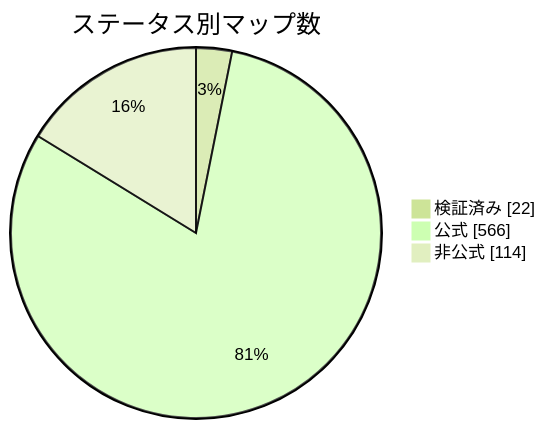
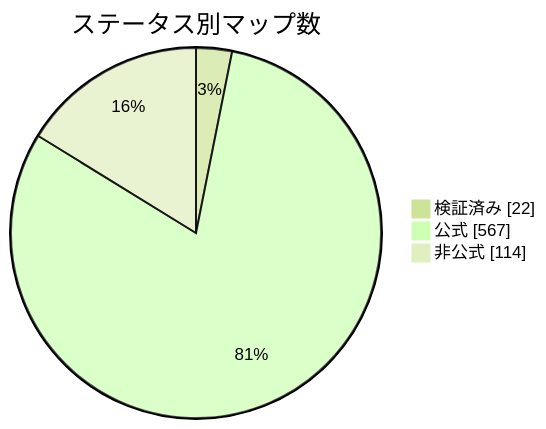
The diagram in docs/readme/README_JP.md (nobrega8/mbmap-library), drawn with Mermaid (forest theme) before and after one commit. The commit also changed 6 other files, not shown here.

````diff
--- a/docs/readme/README_JP.md
+++ b/docs/readme/README_JP.md
@@ -54,7 +54,7 @@
 ```mermaid
 pie showData
     title ステータス別マップ数
     "検証済み" : 22
-    "公式" : 566
+    "公式" : 567
     "非公式" : 114
 ```
````
